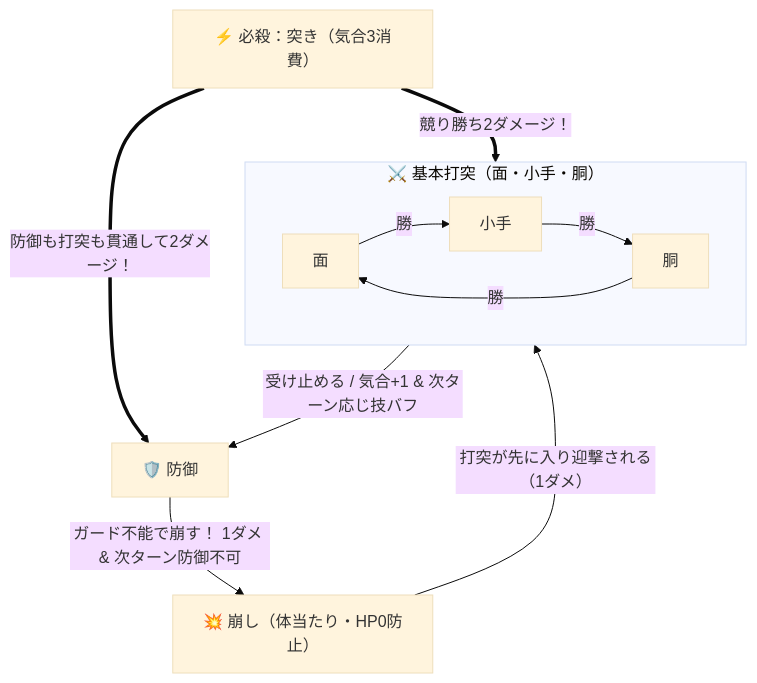
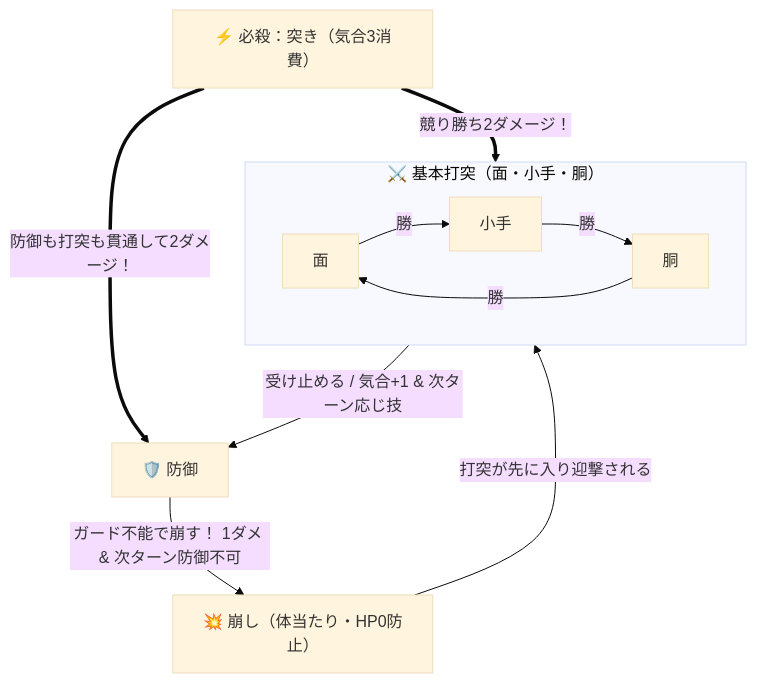
The diagram in README.md (rinevo/Kendo), drawn with Mermaid (base theme) before and after one commit. The commit also changed other lines of this file and 29 other files, not shown here.

````diff
--- a/README.md
+++ b/README.md
@@ -178,18 +44,18 @@
 ```mermaid
 flowchart TD
     subgraph 基本三すくみ["⚔️ 基本打突（面・小手・胴）"]
         Men["面"] -->|勝| Kote["小手"]
         Kote -->|勝| Do["胴"]
         Do -->|勝| Men
     end
 
     Defend["🛡️ 防御"]
     Break["💥 崩し（体当たり・HP0防止）"]
     Tsuki["⚡ 必殺：突き（気合3消費）"]
 
-    基本三すくみ -->|受け止める / 気合+1 & 次ターン応じ技バフ| Defend
+    基本三すくみ -->|受け止める / 気合+1 & 次ターン応じ技| Defend
     Defend -->|ガード不能で崩す！ 1ダメ & 次ターン防御不可| Break
-    Break -->|打突が先に入り迎撃される（1ダメ）| 基本三すくみ
+    Break -->|打突が先に入り迎撃される| 基本三すくみ
     Tsuki ==>|防御も打突も貫通して2ダメージ！| Defend
     Tsuki ==>|競り勝ち2ダメージ！| 基本三すくみ
 ```
````
